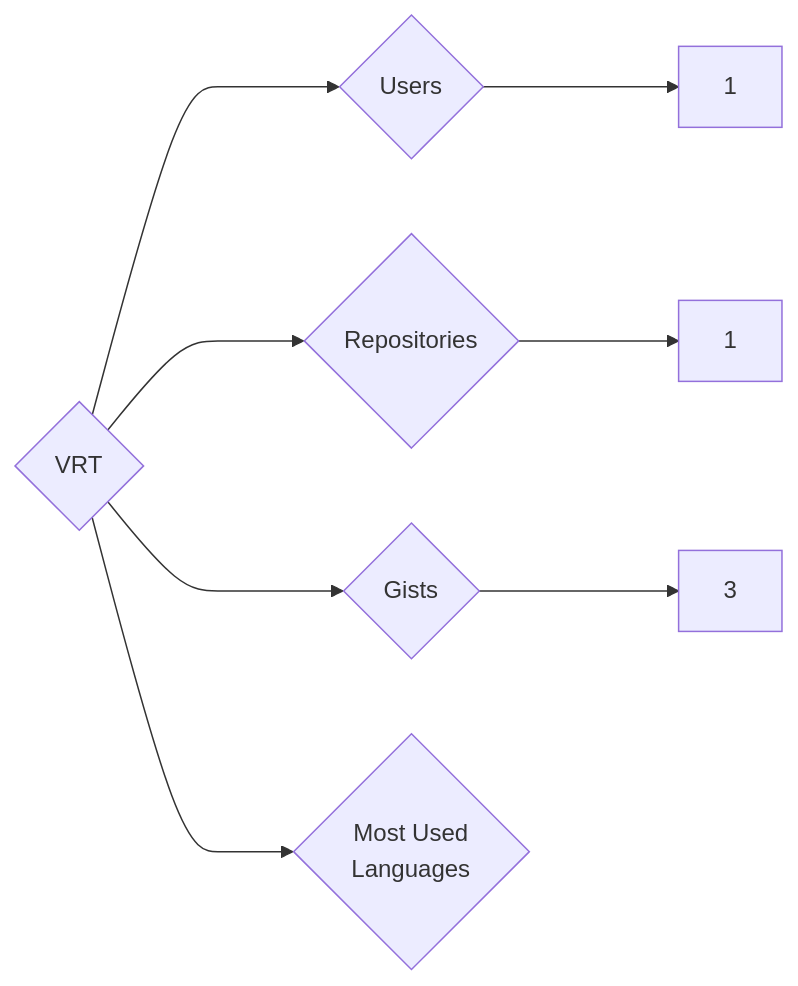
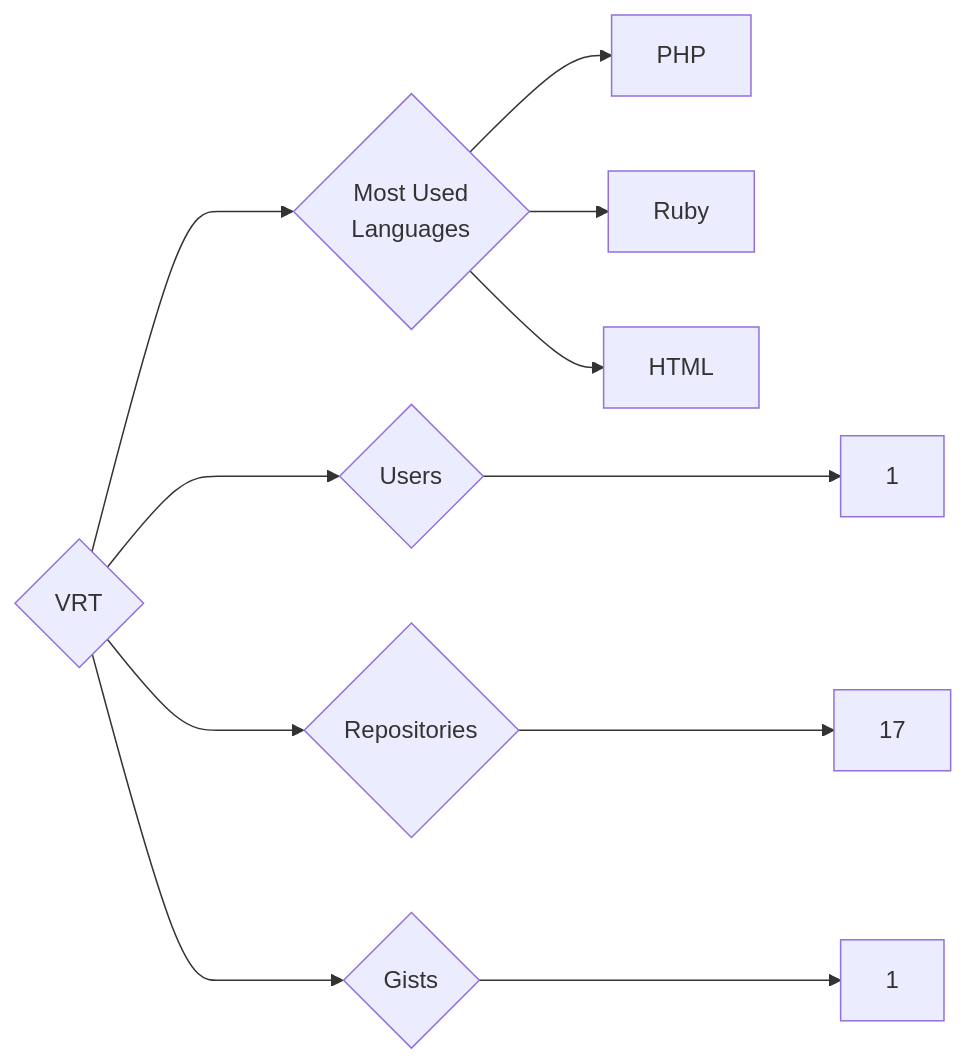
One commit to trickest/insiders changed the diagram in targets/VRT/README.md. Above: the diagram before and after it, drawn with Mermaid. The commit also changed 1496 other files, not shown here.

````diff
--- a/targets/VRT/README.md
+++ b/targets/VRT/README.md
@@ -3,8 +3,11 @@
 ```mermaid
 graph LR
 COMPANY_NAME{VRT}
 COMPANY_NAME ---> U{Users} ---> UN[1]
-COMPANY_NAME ---> R{Repositories} ---> RN[1]
-COMPANY_NAME ---> G{Gists} ---> GN[3]
+COMPANY_NAME ---> R{Repositories} ---> RN[17]
+COMPANY_NAME ---> G{Gists} ---> GN[1]
 COMPANY_NAME ---> ML{Most Used<br>Languages}
+ML --> PHP[PHP]
+ML --> Ruby[Ruby]
+ML --> HTML[HTML]
 ```
````
